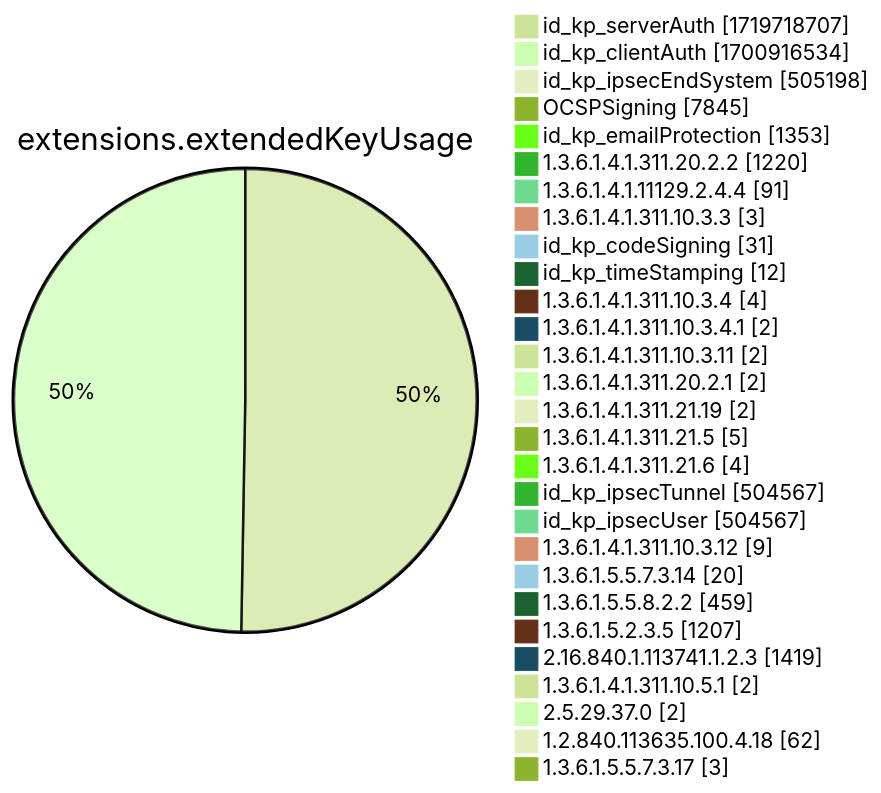
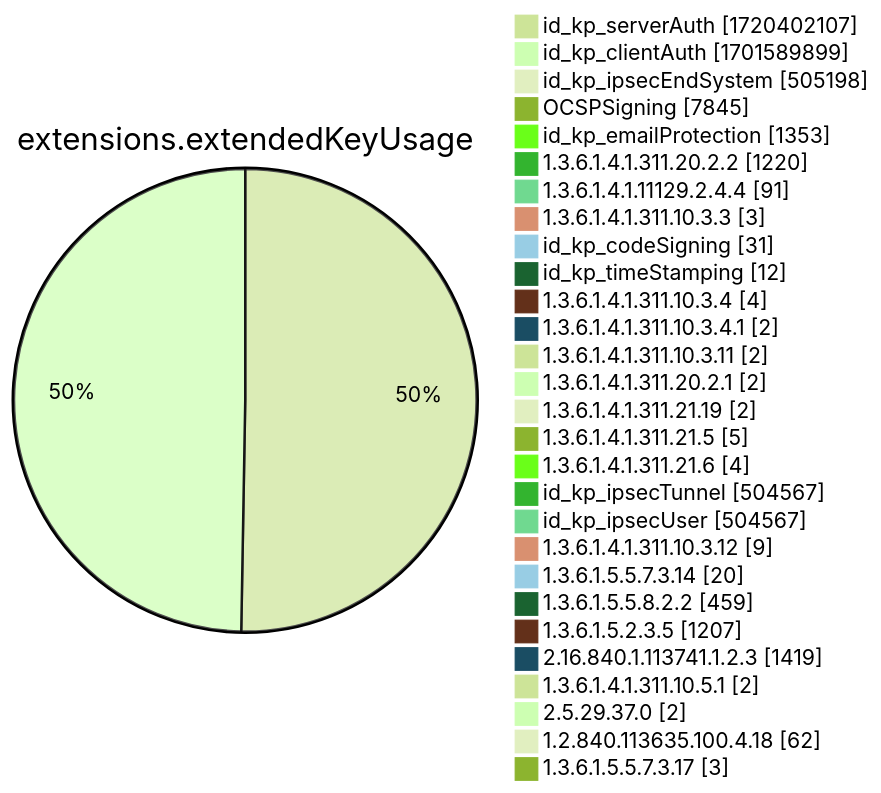
Before and after one commit to christiankrug/ctmonitor_visualization: diagram 12 of 15 in xenon2022/README.md, drawn with Mermaid (forest theme). The commit also changed other lines of this file, not shown here.

````diff
--- a/xenon2022/README.md
+++ b/xenon2022/README.md
@@ -3889,32 +3889,32 @@
 ```mermaid
 pie showData
 title extensions.extendedKeyUsage
-"id_kp_serverAuth" :1719718707
-"id_kp_clientAuth" :1700916534
+"id_kp_serverAuth" :1720402107
+"id_kp_clientAuth" :1701589899
 "id_kp_ipsecEndSystem" :505198
 "OCSPSigning" :7845
 "id_kp_emailProtection" :1353
 "1.3.6.1.4.1.311.20.2.2" :1220
 "1.3.6.1.4.1.11129.2.4.4" :91
 "1.3.6.1.4.1.311.10.3.3" :3
 "id_kp_codeSigning" :31
 "id_kp_timeStamping" :12
 "1.3.6.1.4.1.311.10.3.4" :4
 "1.3.6.1.4.1.311.10.3.4.1" :2
 "1.3.6.1.4.1.311.10.3.11" :2
 "1.3.6.1.4.1.311.20.2.1" :2
 "1.3.6.1.4.1.311.21.19" :2
 "1.3.6.1.4.1.311.21.5" :5
 "1.3.6.1.4.1.311.21.6" :4
 "id_kp_ipsecTunnel" :504567
 "id_kp_ipsecUser" :504567
 "1.3.6.1.4.1.311.10.3.12" :9
 "1.3.6.1.5.5.7.3.14" :20
 "1.3.6.1.5.5.8.2.2" :459
 "1.3.6.1.5.2.3.5" :1207
 "2.16.840.1.113741.1.2.3" :1419
 "1.3.6.1.4.1.311.10.5.1" :2
 "2.5.29.37.0" :2
 "1.2.840.113635.100.4.18" :62
 "1.3.6.1.5.5.7.3.17" :3
 ```
````
